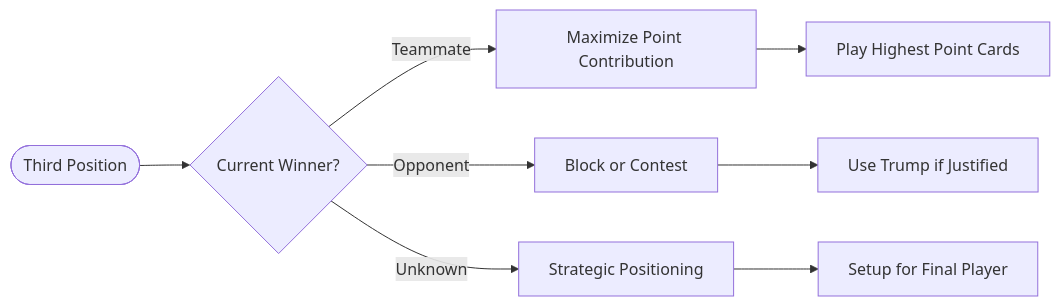
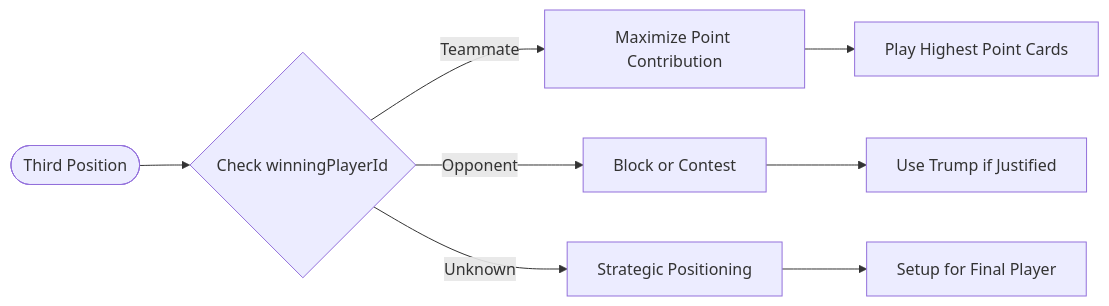
The fifth of 12 diagrams in docs/AI_DECISION_TREE.md (ejfn/Tractor), drawn with Mermaid before and after one commit. The commit also changed other lines of this file and 2 other files, not shown here.

First line of the commit message:
Update documentation to reflect real-time trick winner tracking

````diff
--- a/docs/AI_DECISION_TREE.md
+++ b/docs/AI_DECISION_TREE.md
@@ -179,11 +179,11 @@
 ```mermaid
 flowchart LR
-    Third([Third Position]) --> CurrentWin{Current Winner?}
+    Third([Third Position]) --> CurrentWin{Check winningPlayerId}
     CurrentWin -->|Teammate| MaxPoints[Maximize Point Contribution]
     CurrentWin -->|Opponent| Block[Block or Contest]
     CurrentWin -->|Unknown| Strategic[Strategic Positioning]
     
     MaxPoints --> HighestPoints[Play Highest Point Cards]
     Block --> Trump[Use Trump if Justified]
     Strategic --> SetupFourth[Setup for Final Player]
 ```
````
